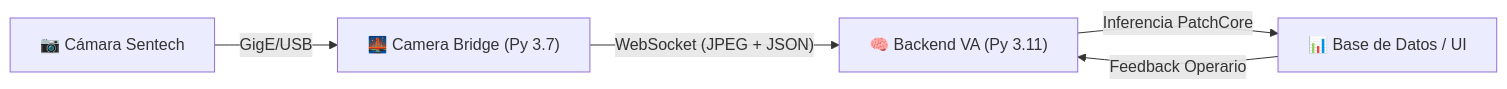
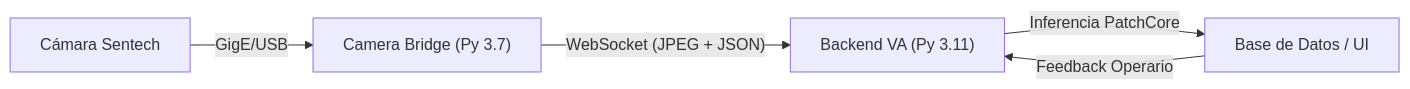
The diagram in DOCUMENTACION_TECNICA.md (jdvalen0/Nuvant_ETL_VA_Fusion), drawn with Mermaid before and after one commit. The commit also changed other lines of this file and 10 other files, not shown here.

````diff
--- a/DOCUMENTACION_TECNICA.md
+++ b/DOCUMENTACION_TECNICA.md
@@ -21,7 +24,7 @@
 ```mermaid
 graph LR
-    A["📷 Cámara Sentech"] -- GigE/USB --> B["🌉 Camera Bridge (Py 3.7)"]
-    B -- "WebSocket (JPEG + JSON)" --> C["🧠 Backend VA (Py 3.11)"]
-    C -- "Inferencia PatchCore" --> D["📊 Base de Datos / UI"]
+    A["Cámara Sentech"] -- GigE/USB --> B["Camera Bridge (Py 3.7)"]
+    B -- "WebSocket (JPEG + JSON)" --> C["Backend VA (Py 3.11)"]
+    C -- "Inferencia PatchCore" --> D["Base de Datos / UI"]
     D -- "Feedback Operario" --> C
 ```
````
